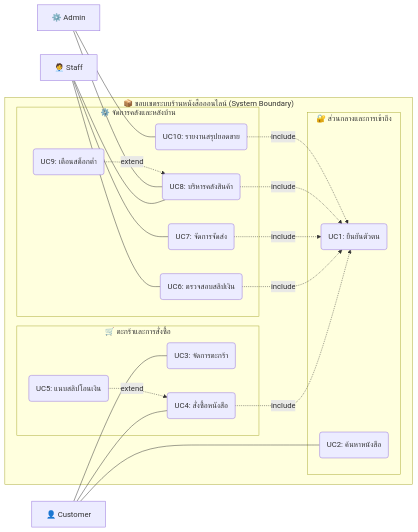
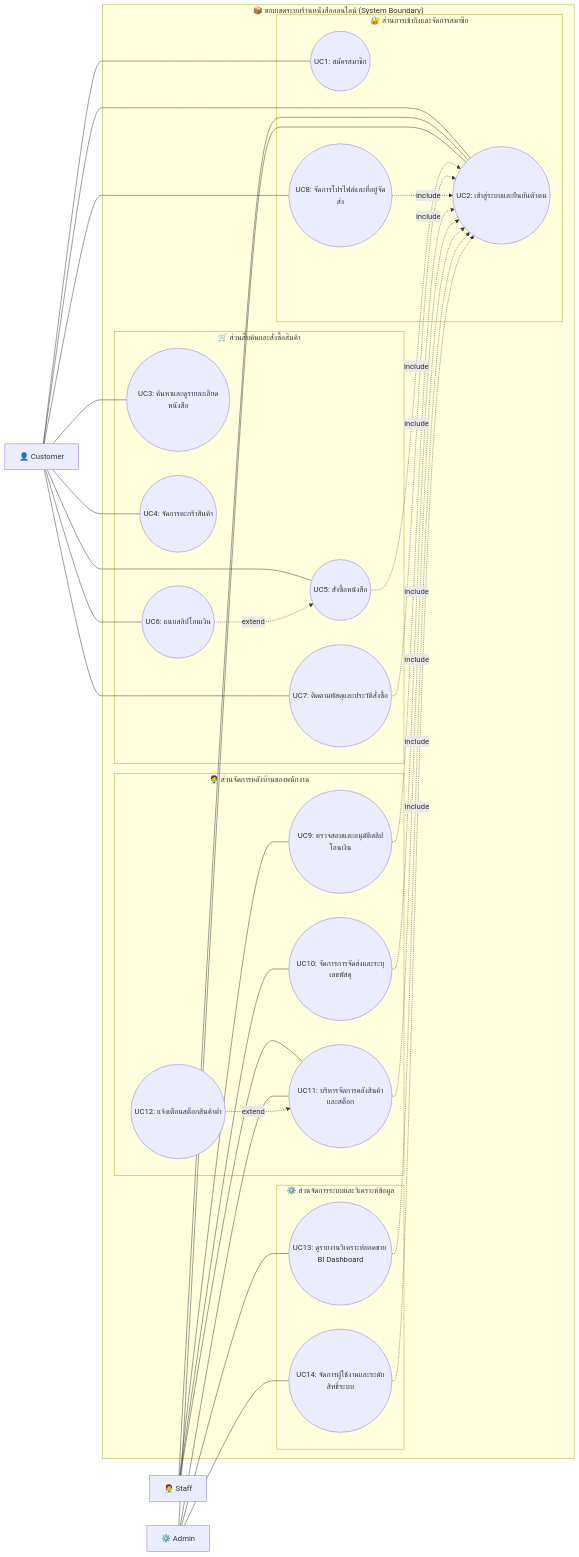
Before and after one commit to SupvichSpuGM/online-bookstore: the first of 3 diagrams in workshop4.md, drawn with Mermaid. The commit also changed 3 other files, not shown here.

Commit message:
แก้ไข diagram#1

````diff
--- a/workshop4.md
+++ b/workshop4.md
@@ -45,42 +45,62 @@
 ```mermaid
 graph LR
     Customer["👤 Customer"]
     Staff["🧑‍💼 Staff"]
     Admin["⚙️ Admin"]
 
     subgraph System ["📦 ขอบเขตระบบร้านหนังสือออนไลน์ (System Boundary)"]
-        subgraph G1 ["🔐 ส่วนกลางและการเข้าถึง"]
-            UC_Auth(UC1: ยืนยันตัวตน)
-            UC_Search(UC2: ค้นหาหนังสือ)
+        subgraph G1 ["🔐 ส่วนการเข้าถึงและจัดการสมาชิก"]
+            UC_Register((UC1: สมัครสมาชิก))
+            UC_Auth((UC2: เข้าสู่ระบบและยืนยันตัวตน))
+            UC_Profile((UC8: จัดการโปรไฟล์และที่อยู่จัดส่ง))
         end
-        subgraph G2 ["🛒 ตะกร้าและการสั่งซื้อ"]
-            UC_Cart(UC3: จัดการตะกร้า)
-            UC_Checkout(UC4: สั่งซื้อหนังสือ)
-            UC_UploadSlip(UC5: แนบสลิปโอนเงิน)
+        subgraph G2 ["🛒 ส่วนสืบค้นและสั่งซื้อสินค้า"]
+            UC_Search((UC3: ค้นหาและดูรายละเอียดหนังสือ))
+            UC_Cart((UC4: จัดการตะกร้าสินค้า))
+            UC_Checkout((UC5: สั่งซื้อหนังสือ))
+            UC_UploadSlip((UC6: แนบสลิปโอนเงิน))
+            UC_OrderHistory((UC7: ติดตามพัสดุและประวัติสั่งซื้อ))
         end
-        subgraph G3 ["⚙️ จัดการคลังและหลังบ้าน"]
-            UC_VerifySlip(UC6: ตรวจสอบสลิปเงิน)
-            UC_ShipOrder(UC7: จัดการจัดส่ง)
-            UC_ManageCatalog(UC8: บริหารคลังสินค้า)
-            UC_StockAlert(UC9: เตือนสต็อกต่ำ)
-            UC_Dashboard(UC10: รายงานสรุปยอดขาย)
+        subgraph G3 ["🧑‍💼 ส่วนจัดการหลังบ้านของพนักงาน"]
+            UC_VerifySlip((UC9: ตรวจสอบและอนุมัติสลิปโอนเงิน))
+            UC_ShipOrder((UC10: จัดการการจัดส่งและระบุเลขพัสดุ))
+            UC_ManageCatalog((UC11: บริหารจัดการคลังสินค้าและสต็อก))
+            UC_StockAlert((UC12: แจ้งเตือนสต็อกสินค้าต่ำ))
+        end
+        subgraph G4 ["⚙️ ส่วนจัดการระบบและวิเคราะห์ข้อมูล"]
+            UC_Dashboard((UC13: ดูรายงานวิเคราะห์ยอดขาย BI Dashboard))
+            UC_ManageUsers((UC14: จัดการผู้ใช้งานและระดับสิทธิ์ระบบ))
         end
     end
 
+    Customer --- UC_Register
+    Customer --- UC_Auth
     Customer --- UC_Search
     Customer --- UC_Cart
     Customer --- UC_Checkout
+    Customer --- UC_UploadSlip
+    Customer --- UC_OrderHistory
+    Customer --- UC_Profile
+
+    Staff --- UC_Auth
     Staff --- UC_VerifySlip
     Staff --- UC_ShipOrder
     Staff --- UC_ManageCatalog
+
+    Admin --- UC_Auth
     Admin --- UC_ManageCatalog
     Admin --- UC_Dashboard
+    Admin --- UC_ManageUsers
 
     UC_Checkout -.->|include| UC_Auth
+    UC_OrderHistory -.->|include| UC_Auth
+    UC_Profile -.->|include| UC_Auth
     UC_VerifySlip -.->|include| UC_Auth
     UC_ShipOrder -.->|include| UC_Auth
     UC_ManageCatalog -.->|include| UC_Auth
     UC_Dashboard -.->|include| UC_Auth
+    UC_ManageUsers -.->|include| UC_Auth
+
     UC_UploadSlip -.->|extend| UC_Checkout
     UC_StockAlert -.->|extend| UC_ManageCatalog
 ```
````
